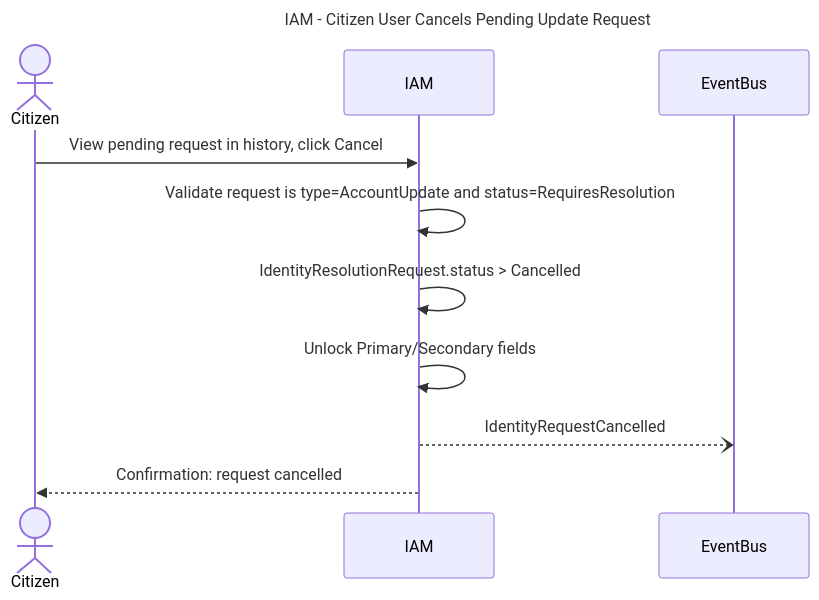
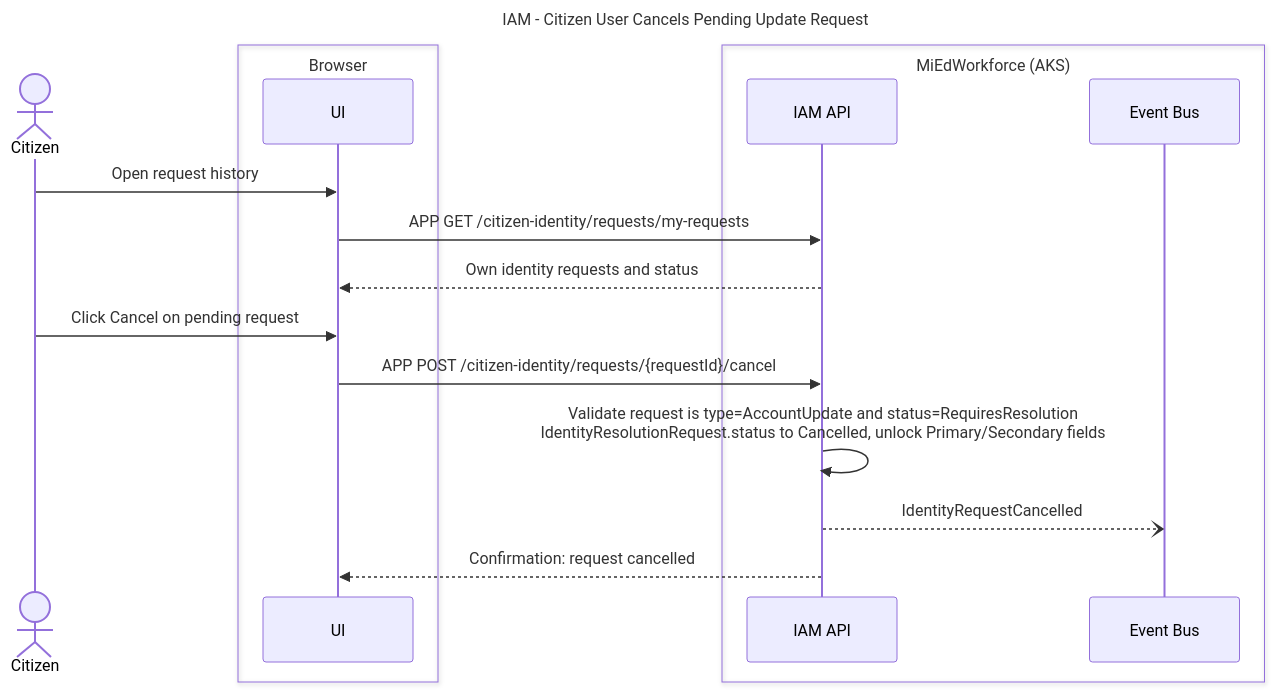
Diagram 16 of 23 in working-docs/solution-areas/iam/iam-sequences.md (mnichols-dl/mied-design), drawn with Mermaid before and after one commit. The commit also changed other lines of this file and 34 other files, not shown here.

Commit message:
Update sequences and perform RTM assessment

````diff
--- a/working-docs/solution-areas/iam/iam-sequences.md
+++ b/working-docs/solution-areas/iam/iam-sequences.md
@@ -915,16 +927,24 @@
 ```mermaid
 ---
 title: IAM - Citizen User Cancels Pending Update Request
 ---
 sequenceDiagram
     actor Citizen
-    participant IAM
-    participant EventBus
+    box Browser
+    participant UI
+    end
+    box MiEdWorkforce (AKS)
+    participant IamApi as IAM API
+    participant EventBus as Event Bus
+    end
 
-    Citizen->>IAM: View pending request in history, click Cancel
-    IAM->>IAM: Validate request is type=AccountUpdate and status=RequiresResolution
-    IAM->>IAM: IdentityResolutionRequest.status > Cancelled
-    IAM->>IAM: Unlock Primary/Secondary fields
-    IAM--)EventBus: IdentityRequestCancelled
-    IAM-->>Citizen: Confirmation: request cancelled
+    Citizen->>UI: Open request history
+    UI->>IamApi: APP GET /citizen-identity/requests/my-requests
+    IamApi-->>UI: Own identity requests and status
+
+    Citizen->>UI: Click Cancel on pending request
+    UI->>IamApi: APP POST /citizen-identity/requests/{requestId}/cancel
+    IamApi->>IamApi: Validate request is type=AccountUpdate and status=RequiresResolution<br/>IdentityResolutionRequest.status to Cancelled, unlock Primary/Secondary fields
+    IamApi--)EventBus: IdentityRequestCancelled
+    IamApi-->>UI: Confirmation: request cancelled
 ```
````
